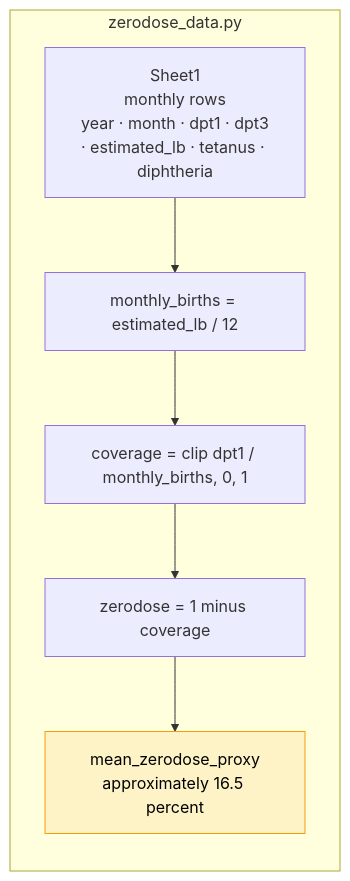
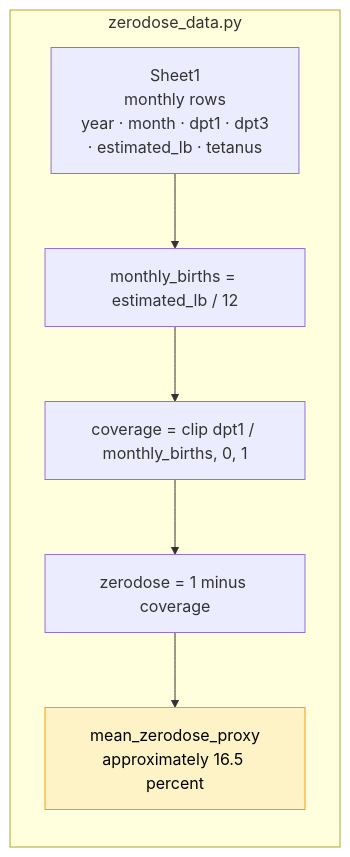
Before and after one commit to starsimhub/zdsim: the second of 12 diagrams in docs/ARCHITECTURE.md, drawn with Mermaid. The commit also changed other lines of this file, not shown here.

````diff
--- a/docs/ARCHITECTURE.md
+++ b/docs/ARCHITECTURE.md
@@ -95,14 +95,14 @@
 ```mermaid
 flowchart LR
-    SHEET["Sheet1<br/>monthly rows<br/>year · month · dpt1 · dpt3<br/>· estimated_lb · tetanus · diphtheria"]
+    SHEET["Sheet1<br/>monthly rows<br/>year · month · dpt1 · dpt3<br/>· estimated_lb · tetanus"]
 
     subgraph ZD ["zerodose_data.py"]
         A1["monthly_births = estimated_lb / 12"]
         A2["coverage = clip dpt1 / monthly_births, 0, 1"]
         A3["zerodose = 1 minus coverage"]
         A4["mean_zerodose_proxy<br/>approximately 16.5 percent"]
         SHEET --> A1 --> A2 --> A3 --> A4
     end
 
     style A4 fill:#fef3c7,stroke:#f59e0b,color:#000
 ```
````
